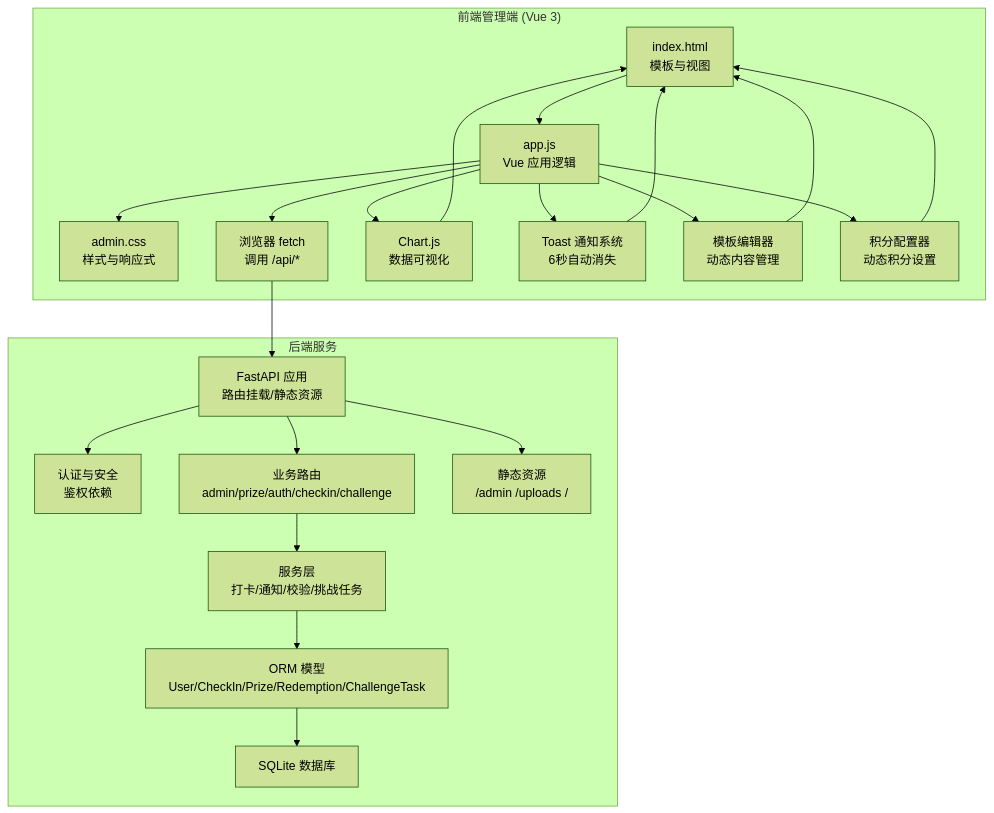
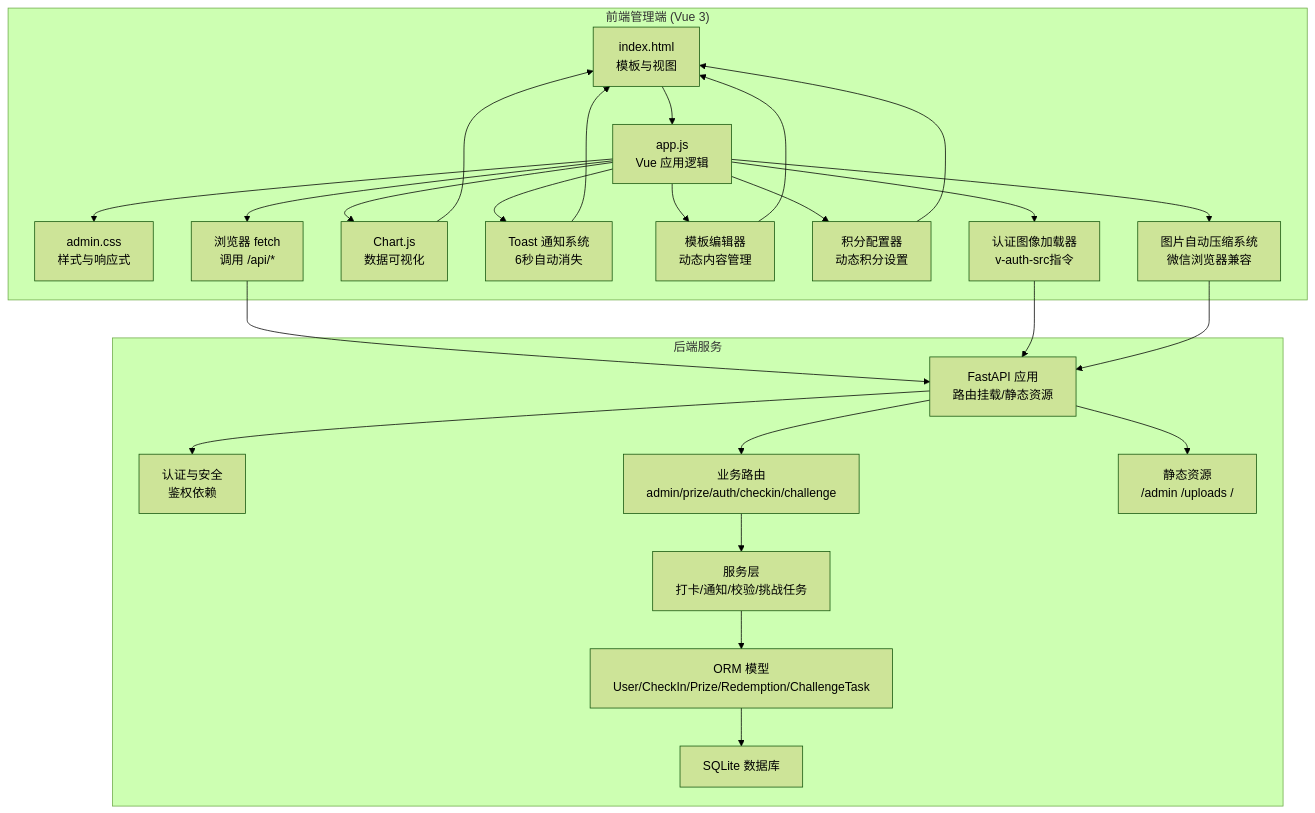
The first of 15 diagrams in .qoder/repowiki/zh/content/暑假作业打卡系统/前端应用设计/管理后台应用.md (onebody/homework), drawn with Mermaid (forest theme) before and after one commit. The commit also changed other lines of this file and 35 other files, not shown here.

````diff
--- a/.qoder/repowiki/zh/content/暑假作业打卡系统/前端应用设计/管理后台应用.md
+++ b/.qoder/repowiki/zh/content/暑假作业打卡系统/前端应用设计/管理后台应用.md
@@ -53,25 +55,29 @@
 ```mermaid
 graph TB
 subgraph "后端服务"
 A["FastAPI 应用<br/>路由挂载/静态资源"] --> B["认证与安全<br/>鉴权依赖"]
 A --> C["业务路由<br/>admin/prize/auth/checkin/challenge"]
 C --> D["服务层<br/>打卡/通知/校验/挑战任务"]
 D --> E["ORM 模型<br/>User/CheckIn/Prize/Redemption/ChallengeTask"]
 E --> F["SQLite 数据库"]
 A --> G["静态资源<br/>/admin /uploads /"]
 end
 subgraph "前端管理端 (Vue 3)"
 H["index.html<br/>模板与视图"] --> I["app.js<br/>Vue 应用逻辑"]
 I --> J["admin.css<br/>样式与响应式"]
 I --> K["浏览器 fetch<br/>调用 /api/*"]
 I --> L["Chart.js<br/>数据可视化"]
 I --> M["Toast 通知系统<br/>6秒自动消失"]
 I --> N["模板编辑器<br/>动态内容管理"]
 I --> O["积分配置器<br/>动态积分设置"]
+I --> P["认证图像加载器<br/>v-auth-src指令"]
+I --> Q["图片自动压缩系统<br/>微信浏览器兼容"]
 end
 K --> A
 L --> H
 M --> H
 N --> H
 O --> H
+P --> A
+Q --> A
 ```
````
